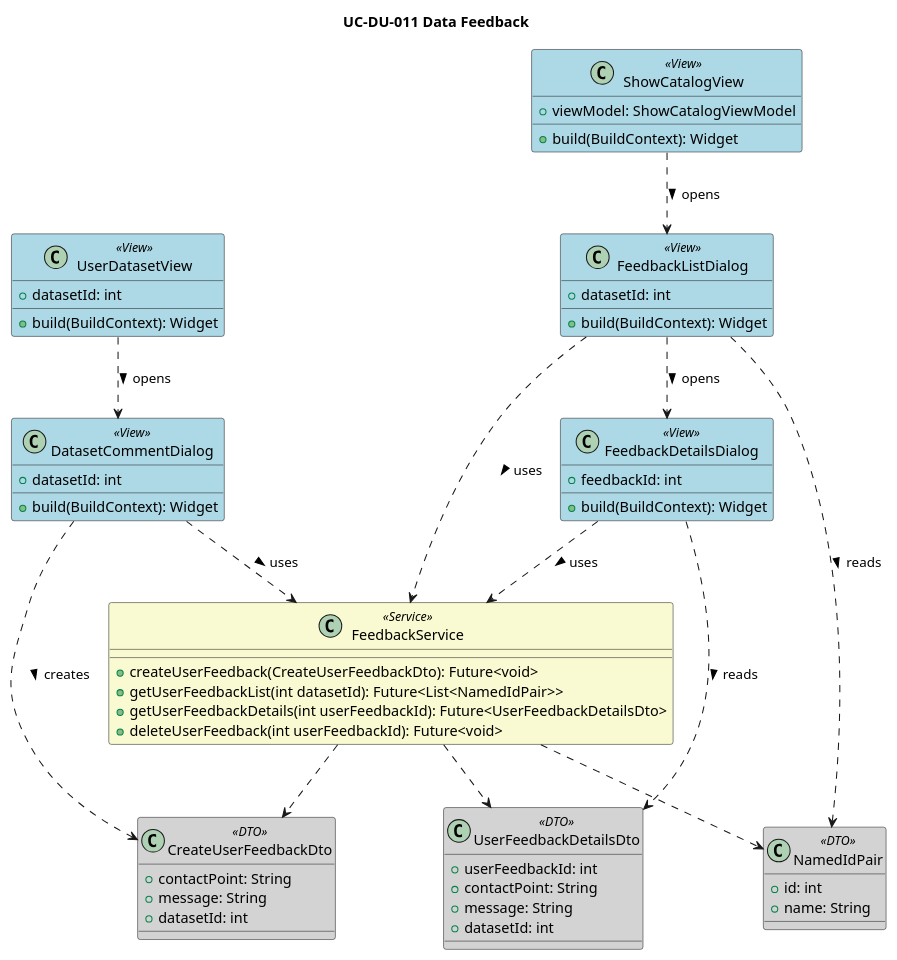
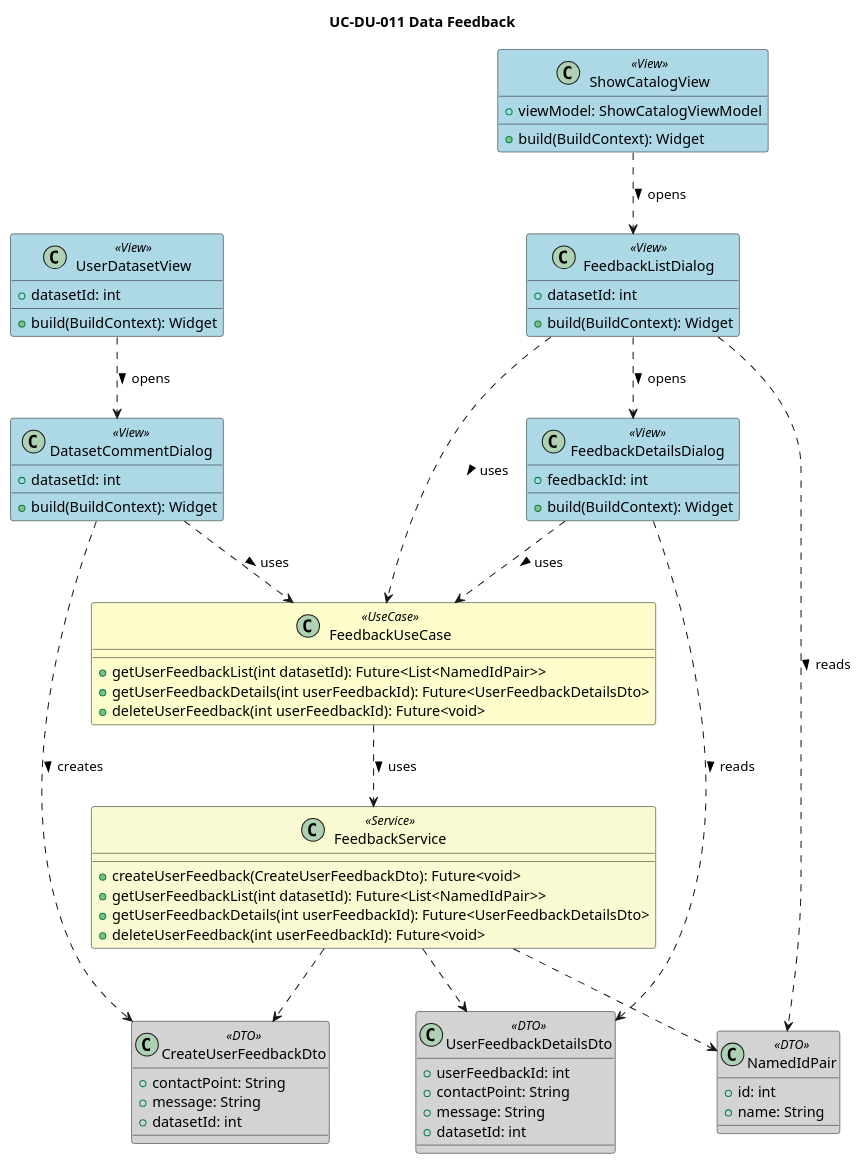
Before and after one commit to Kuaaro/ProjOprog-Front: the diagram in proj_oprog_front/docs/UC-DU-011 Data Feedback/classes.puml, drawn with PlantUML. The commit also changed 7 other files, not shown here.

```diff
--- a/proj_oprog_front/docs/UC-DU-011 Data Feedback/classes.puml
+++ b/proj_oprog_front/docs/UC-DU-011 Data Feedback/classes.puml
@@ -1,85 +1,92 @@
 @startuml
 title UC-DU-011 Data Feedback
 
 '--- STYLE CONFIGURATION ---
 skinparam class {
     BackgroundColor<<View>> LightBlue
     BackgroundColor<<ViewModel>> #D0F0F5
     BackgroundColor<<Controller>> #FFAB91
     BackgroundColor<<UseCase>> #FEFECD
     BackgroundColor<<Presenter>> #90EE90
     BackgroundColor<<Service>> #FAFAD2
     BackgroundColor<<DTO>> #D3D3D3
 }
 
 '--- VIEWS ---
 class UserDatasetView <<View>> {
   +datasetId: int
   +build(BuildContext): Widget
 }
 
 class ShowCatalogView <<View>> {
   +viewModel: ShowCatalogViewModel
   +build(BuildContext): Widget
 }
 
 class DatasetCommentDialog <<View>> {
   +datasetId: int
   +build(BuildContext): Widget
 }
 
 class FeedbackListDialog <<View>> {
   +datasetId: int
   +build(BuildContext): Widget
 }
 
 class FeedbackDetailsDialog <<View>> {
   +feedbackId: int
   +build(BuildContext): Widget
 }
 
-'--- SERVICE ---
+'--- USE CASE & SERVICE ---
+class FeedbackUseCase <<UseCase>> {
+  +getUserFeedbackList(int datasetId): Future<List<NamedIdPair>>
+  +getUserFeedbackDetails(int userFeedbackId): Future<UserFeedbackDetailsDto>
+  +deleteUserFeedback(int userFeedbackId): Future<void>
+}
+
 class FeedbackService <<Service>> {
   +createUserFeedback(CreateUserFeedbackDto): Future<void>
   +getUserFeedbackList(int datasetId): Future<List<NamedIdPair>>
   +getUserFeedbackDetails(int userFeedbackId): Future<UserFeedbackDetailsDto>
   +deleteUserFeedback(int userFeedbackId): Future<void>
 }
 
 '--- DTOs ---
 class CreateUserFeedbackDto <<DTO>> {
   +contactPoint: String
   +message: String
   +datasetId: int
 }
 
 class UserFeedbackDetailsDto <<DTO>> {
   +userFeedbackId: int
   +contactPoint: String
   +message: String
   +datasetId: int
 }
 
 class NamedIdPair <<DTO>> {
   +id: int
   +name: String
 }
 
 '--- RELATIONSHIPS ---
 UserDatasetView ..> DatasetCommentDialog : opens >
 ShowCatalogView ..> FeedbackListDialog : opens >
 FeedbackListDialog ..> FeedbackDetailsDialog : opens >
 
-DatasetCommentDialog ..> FeedbackService : uses >
-FeedbackListDialog ..> FeedbackService : uses >
-FeedbackDetailsDialog ..> FeedbackService : uses >
+DatasetCommentDialog ..> FeedbackUseCase : uses >
+FeedbackListDialog ..> FeedbackUseCase : uses >
+FeedbackDetailsDialog ..> FeedbackUseCase : uses >
+FeedbackUseCase ..> FeedbackService : uses >
 
 FeedbackService ..> CreateUserFeedbackDto
 FeedbackService ..> UserFeedbackDetailsDto
 FeedbackService ..> NamedIdPair
 
 DatasetCommentDialog ..> CreateUserFeedbackDto : creates >
 FeedbackListDialog ..> NamedIdPair : reads >
 FeedbackDetailsDialog ..> UserFeedbackDetailsDto : reads >
 
 @enduml
```
